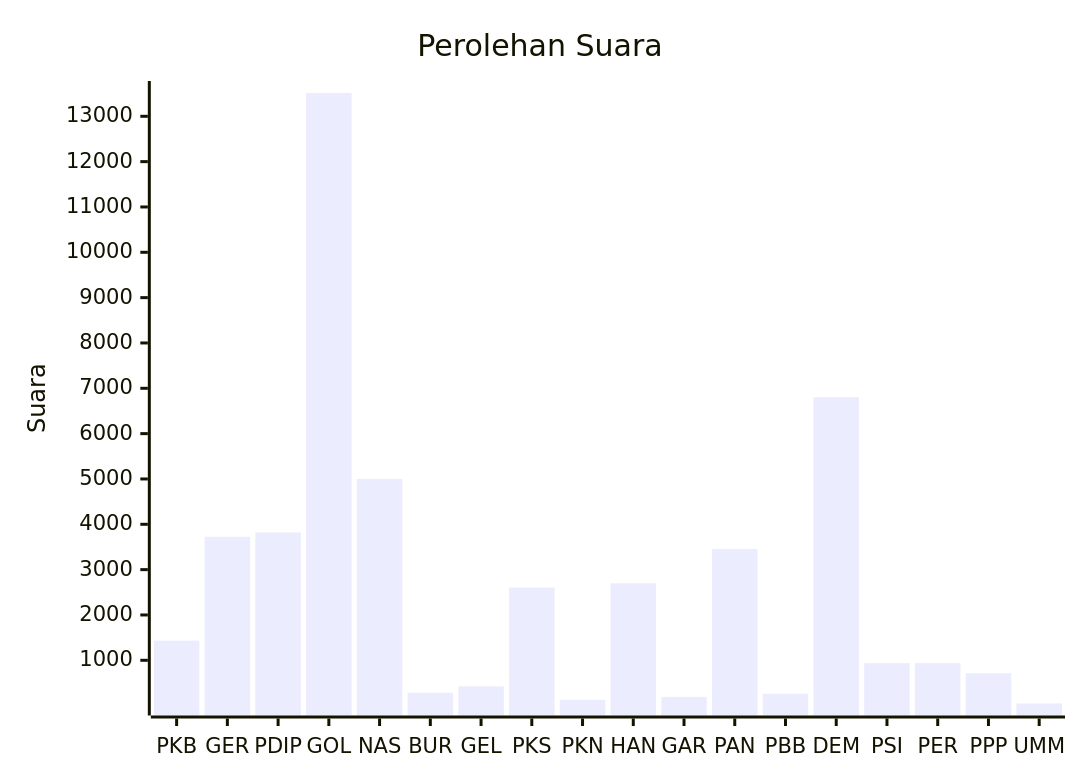
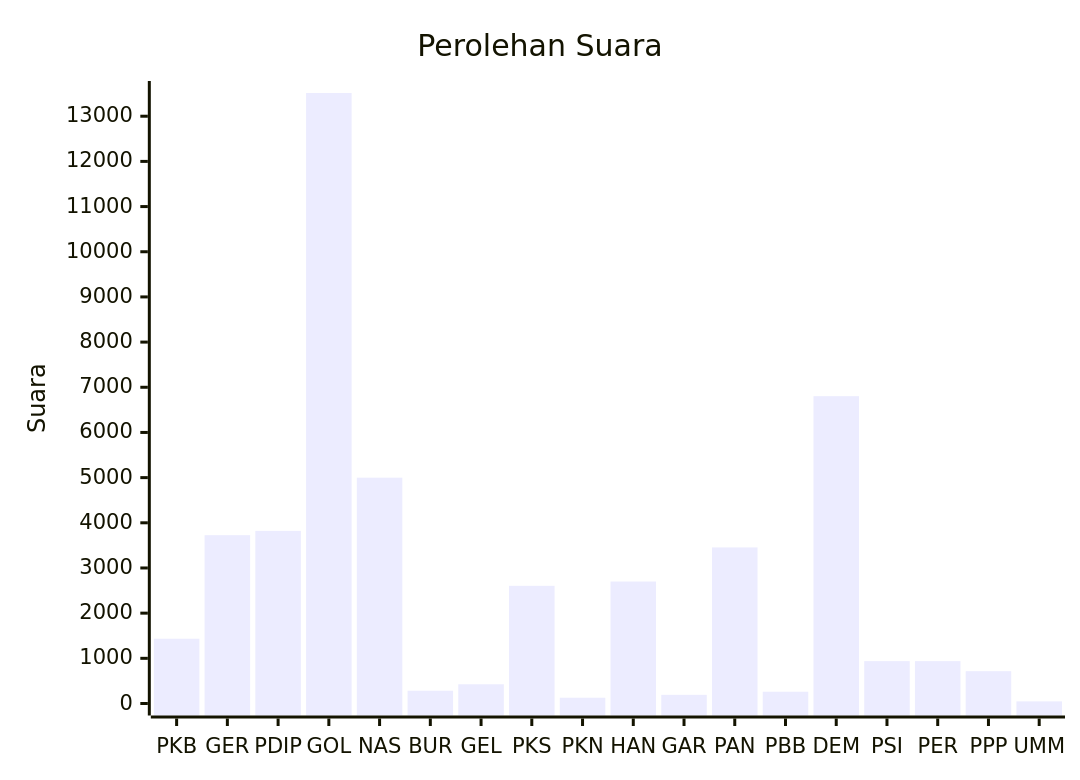
Before and after one commit to gigit-pemilu/pemilu-2024: the diagram in pileg-dpr/hitung-suara/sub/table-wilayah-96.md, drawn with Mermaid. The commit also changed 57 other files, not shown here.

````diff
--- a/pileg-dpr/hitung-suara/sub/table-wilayah-96.md
+++ b/pileg-dpr/hitung-suara/sub/table-wilayah-96.md
@@ -7,7 +7,7 @@
 ```mermaid
 xychart-beta
     title "Perolehan Suara"
     x-axis [PKB, GER, PDIP, GOL, NAS, BUR, GEL, PKS, PKN, HAN, GAR, PAN, PBB, DEM, PSI, PER, PPP, UMM]
-    y-axis "Suara"
+    y-axis "Suara" 0 --> 13514
     bar [1434, 3726, 3821, 13514, 4999, 283, 426, 2605, 128, 2700, 192, 3455, 261, 6803, 938, 938, 715, 47]
 ```
````
